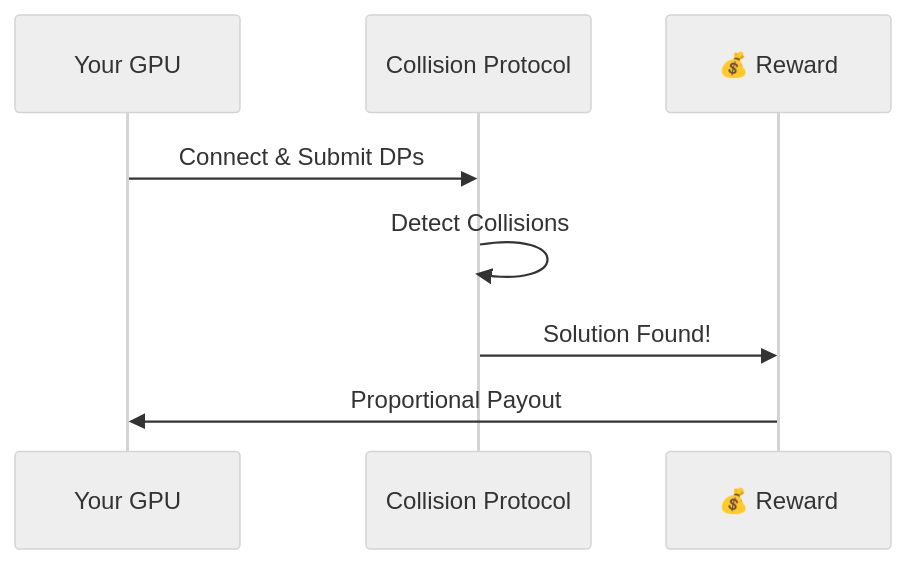
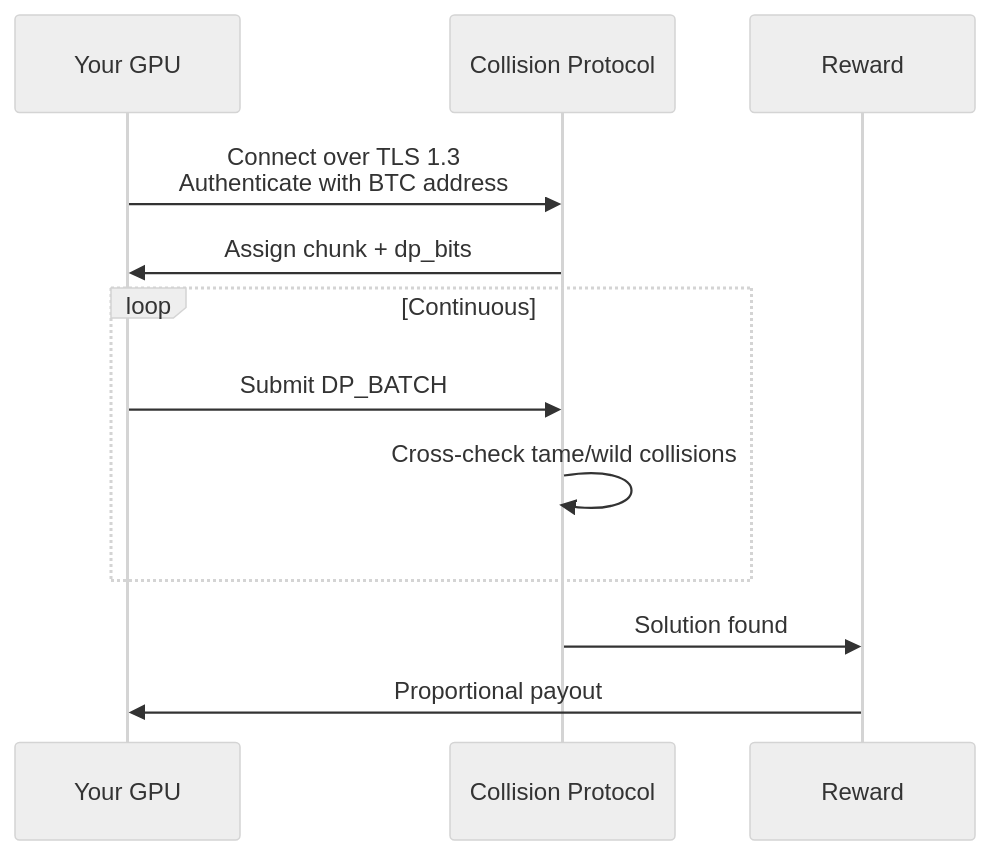
One commit to hevnsnt/collider changed the second of 2 diagrams in README.md. Above: the diagram before and after it, drawn with Mermaid (neutral theme). The commit also changed other lines of this file, not shown here.

````diff
--- a/README.md
+++ b/README.md
@@ -224,11 +129,15 @@
 ```mermaid
 sequenceDiagram
     participant W as Your GPU
     participant P as Collision Protocol
-    participant R as 💰 Reward
+    participant R as Reward
 
-    W->>P: Connect & Submit DPs
-    P->>P: Detect Collisions
-    P->>R: Solution Found!
-    R->>W: Proportional Payout
+    W->>P: Connect over TLS 1.3<br/>Authenticate with BTC address
+    P->>W: Assign chunk + dp_bits
+    loop Continuous
+        W->>P: Submit DP_BATCH
+        P->>P: Cross-check tame/wild collisions
+    end
+    P->>R: Solution found
+    R->>W: Proportional payout
 ```
````
